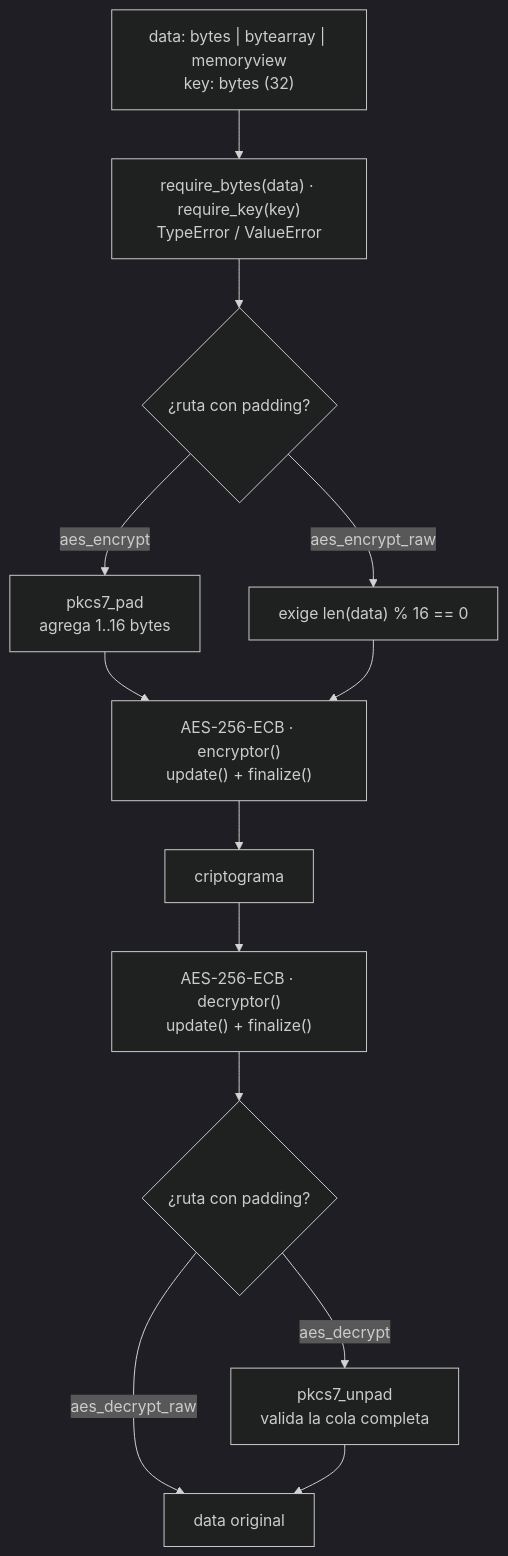
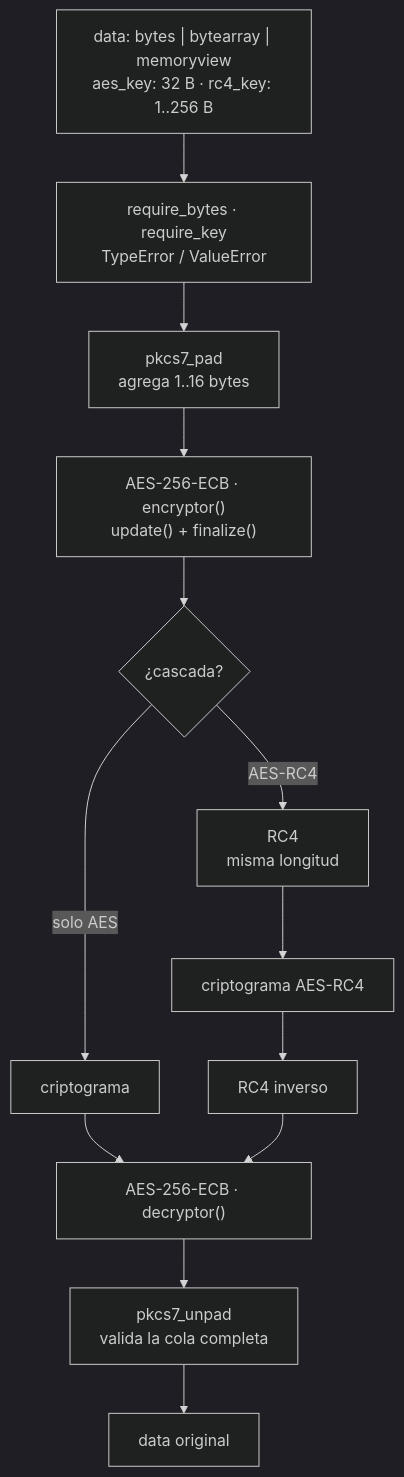
One commit to BTG47/Analisis-del-efecto-cascada-aplicando-AES-con-RC-4 changed the diagram in README.md. Above: the diagram before and after it, drawn with Mermaid (dark theme). The commit also changed other lines of this file and 10 other files, not shown here.

````diff
--- a/README.md
+++ b/README.md
@@ -31,15 +33,15 @@
 ```mermaid
 flowchart TD
-    IN["data: bytes | bytearray | memoryview<br/>key: bytes (32)"] --> V["require_bytes(data) · require_key(key)<br/>TypeError / ValueError"]
-    V --> Q{"¿ruta con padding?"}
-    Q -- "aes_encrypt" --> PAD["pkcs7_pad<br/>agrega 1..16 bytes"]
-    Q -- "aes_encrypt_raw" --> RAW["exige len(data) % 16 == 0"]
-    PAD --> ENC["AES-256-ECB · encryptor()<br/>update() + finalize()"]
-    RAW --> ENC
-    ENC --> CT["criptograma"]
-    CT --> DEC["AES-256-ECB · decryptor()<br/>update() + finalize()"]
-    DEC --> Q2{"¿ruta con padding?"}
-    Q2 -- "aes_decrypt" --> UNPAD["pkcs7_unpad<br/>valida la cola completa"]
-    Q2 -- "aes_decrypt_raw" --> OUT["data original"]
-    UNPAD --> OUT
+    IN["data: bytes | bytearray | memoryview<br/>aes_key: 32 B · rc4_key: 1..256 B"] --> V["require_bytes · require_key<br/>TypeError / ValueError"]
+    V --> PAD["pkcs7_pad<br/>agrega 1..16 bytes"]
+    PAD --> AES["AES-256-ECB · encryptor()<br/>update() + finalize()"]
+    AES --> Q{"¿cascada?"}
+    Q -- "AES-RC4" --> RC4["RC4<br/>misma longitud"]
+    Q -- "solo AES" --> CT["criptograma"]
+    RC4 --> CT2["criptograma AES-RC4"]
+    CT --> DEC["AES-256-ECB · decryptor()"]
+    CT2 --> RC4D["RC4 inverso"]
+    RC4D --> DEC
+    DEC --> UNPAD["pkcs7_unpad<br/>valida la cola completa"]
+    UNPAD --> OUT["data original"]
 ```
````
